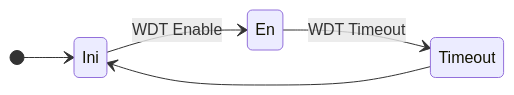
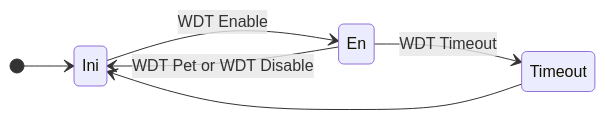
The diagram in graphs/wdt.mmd (MAGLaboratory/IoT-Supervisor), drawn with Mermaid before and after one commit. The commit also changed 157 other files, not shown here.

```diff
--- a/graphs/wdt.mmd
+++ b/graphs/wdt.mmd
@@ -1,6 +1,7 @@
 stateDiagram-v2
  direction LR
  [*] --> Ini
  Ini --> En: WDT Enable
  En --> Timeout: WDT Timeout
+ En --> Ini: WDT Pet or WDT Disable
  Timeout --> Ini
```
